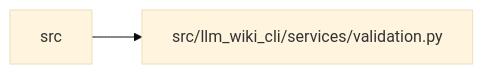
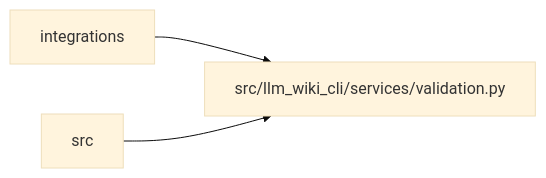
One commit to Denissvgn/python-wiki-llm changed the diagram in docs/llm_wiki/modules/validation.md. Above: the diagram before and after it, drawn with Mermaid (base theme). The commit also changed other lines of this file and 297 other files, not shown here.

````diff
--- a/docs/llm_wiki/modules/validation.md
+++ b/docs/llm_wiki/modules/validation.md
@@ -34,7 +34,9 @@
 ```mermaid
 flowchart LR
-    n0["src"]
-    n1["src/llm_wiki_cli/services/validation.py"]
-    n0 --> n1
-    click n1 "../modules/validation.md"
+    n0["integrations"]
+    n1["src"]
+    n2["src/llm_wiki_cli/services/validation.py"]
+    n0 --> n2
+    n1 --> n2
+    click n2 "../modules/validation.md"
 ```
````
